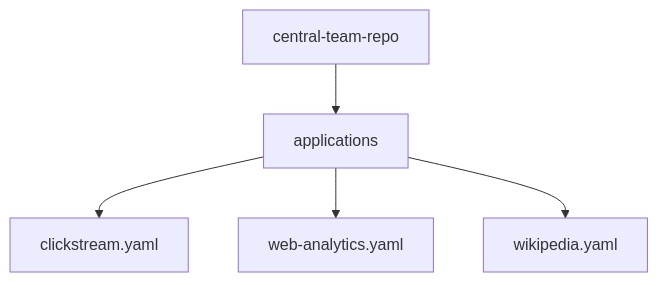
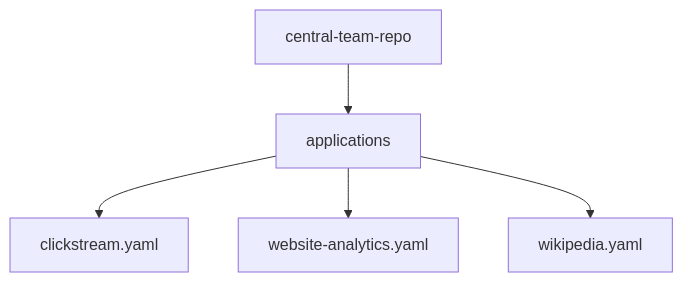
The first of 2 diagrams in docs/platform/guides/self-service-quickstart.md (conduktor/conduktor-docs), drawn with Mermaid before and after one commit. The commit also changed other lines of this file, not shown here.

````diff
--- a/docs/platform/guides/self-service-quickstart.md
+++ b/docs/platform/guides/self-service-quickstart.md
@@ -54,8 +54,8 @@
 ```mermaid
 graph TD;
     A[central-team-repo]
     A --> B[applications]
     B --> C[clickstream.yaml]
-    B --> D[web-analytics.yaml]
+    B --> D[website-analytics.yaml]
     B --> E[wikipedia.yaml]
 ```
````
